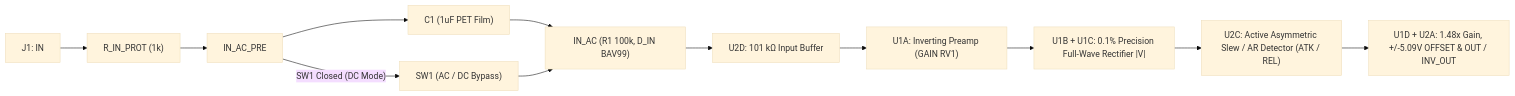
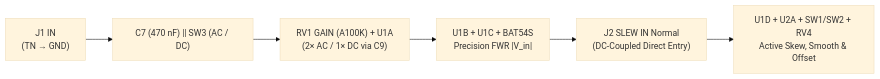
One commit to domesticmouse/EnvelopeFollower changed the diagram in docs/tutorial/optional-dc-coupled-mode.md. Above: the diagram before and after it, drawn with Mermaid (base theme). The commit also changed other lines of this file and 1786 other files, not shown here.

````diff
--- a/docs/tutorial/optional-dc-coupled-mode.md
+++ b/docs/tutorial/optional-dc-coupled-mode.md
@@ -25,13 +26,8 @@
 ```mermaid
 flowchart LR
-    J1["J1: IN"] --> RPROT["R_IN_PROT (1k)"] --> NODE["IN_AC_PRE"]
-    NODE --> C1["C1 (1uF PET Film)"]
-    NODE -->|"SW1 Closed (DC Mode)"| SW1["SW1 (AC / DC Bypass)"]
-    C1 --> INAC["IN_AC (R1 100k, D_IN BAV99)"]
-    SW1 --> INAC
-    INAC --> U2D["U2D: 101 kΩ Input Buffer"]
-    U2D --> U1A["U1A: Inverting Preamp (GAIN RV1)"]
-    U1A --> FWR["U1B + U1C: 0.1% Precision Full-Wave Rectifier |V|"]
-    FWR --> PEAK["U2C: Active Asymmetric Slew / AR Detector (ATK / REL)"]
-    PEAK --> OUTS["U1D + U2A: 1.48x Gain, +/-5.09V OFFSET & OUT / INV_OUT"]
+    J1["J1 IN<br/>(TN → GND)"] --> N["C7 (470 nF) || SW3 (AC / DC)"]
+    N --> RV1["RV1 GAIN (A100K) + U1A<br/>(2× AC / 1× DC via C9)"]
+    RV1 --> FWR["U1B + U1C + BAT54S<br/>Precision FWR |V_in|"]
+    FWR --> J2["J2 SLEW IN Normal<br/>(DC-Coupled Direct Entry)"]
+    J2 --> SLEW["U1D + U2A + SW1/SW2 + RV4<br/>Active Skew, Smooth & Offset"]
 ```
````
